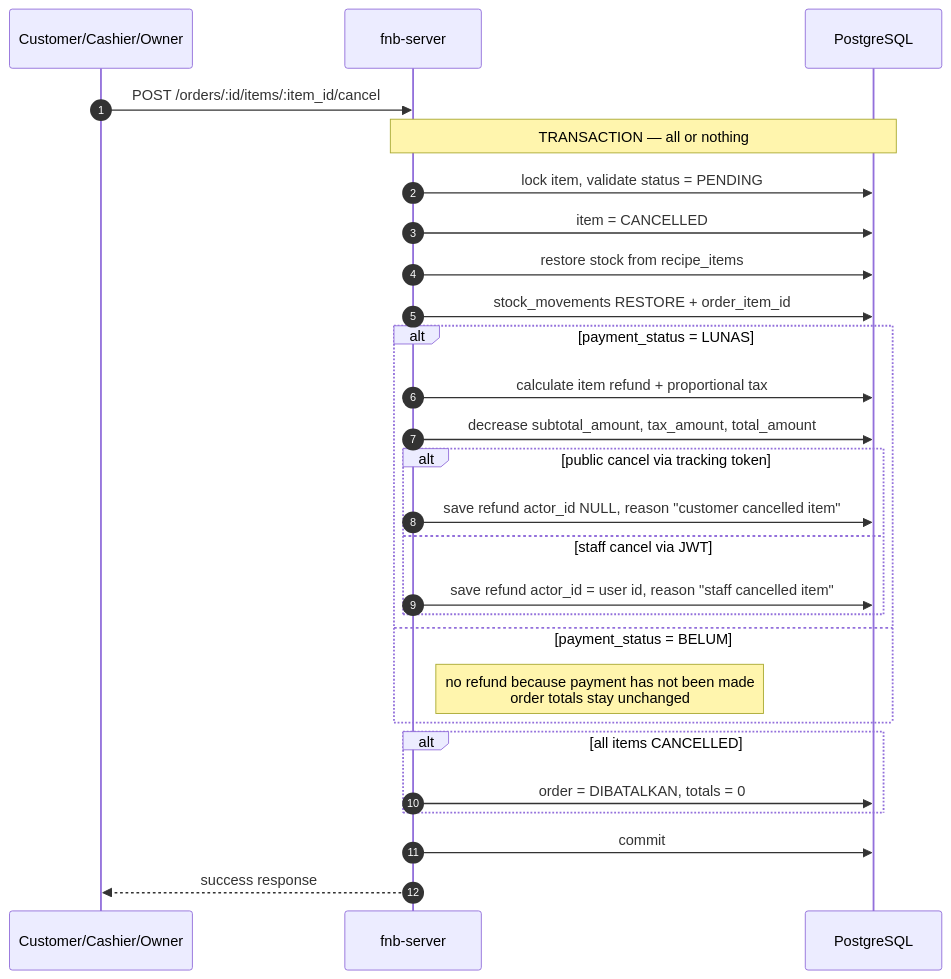
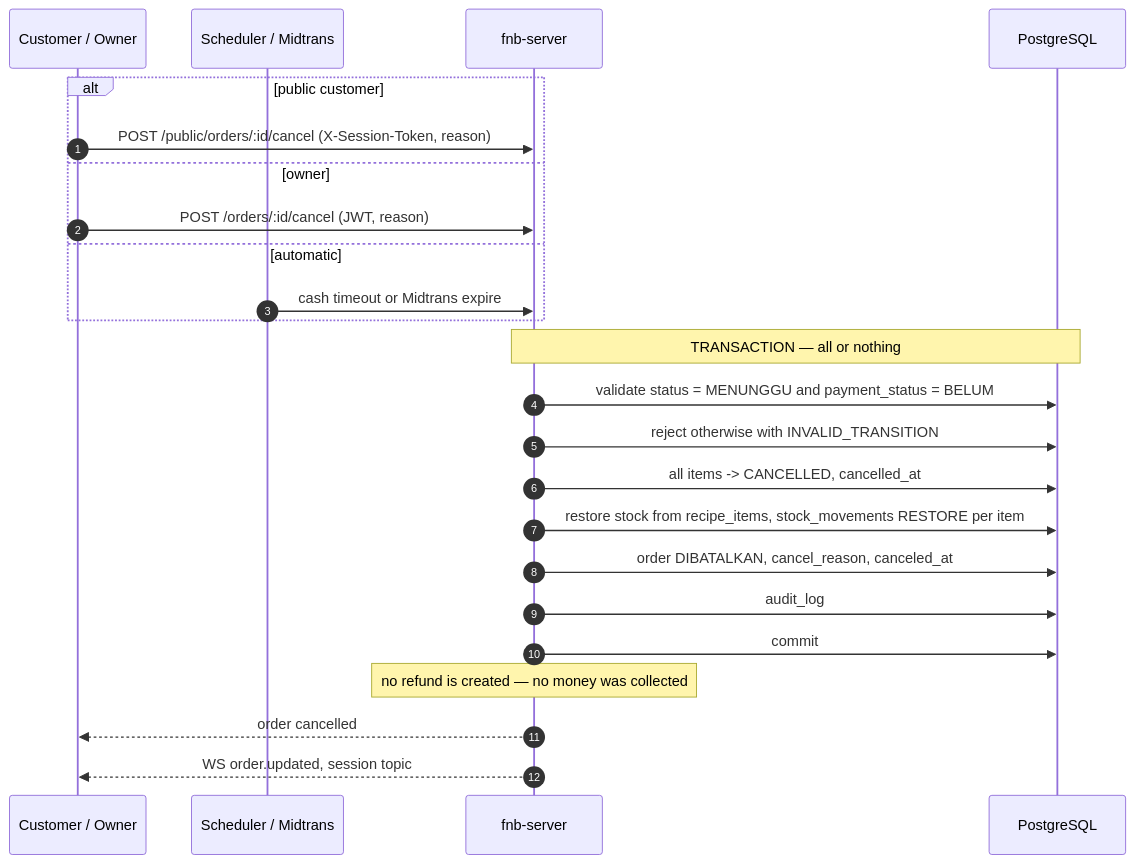
The fifth of 12 diagrams in docs/flow.md (darmawandoni6/fnb-app), drawn with Mermaid before and after one commit. The commit also changed other lines of this file and 17 other files, not shown here.

First line of the commit message:
docs(qr-menu): sync plan with table session API

````diff
--- a/docs/flow.md
+++ b/docs/flow.md
@@ -107,32 +151,29 @@
 ```mermaid
 sequenceDiagram
     autonumber
-    participant A as Customer/Cashier/Owner
+    participant A as Customer / Owner
+    participant S as Scheduler / Midtrans
     participant API as fnb-server
     participant DB as PostgreSQL
 
-    A->>API: POST /orders/:id/items/:item_id/cancel
-    Note over API,DB: TRANSACTION — all or nothing
-    API->>DB: lock item, validate status = PENDING
-    API->>DB: item = CANCELLED
-    API->>DB: restore stock from recipe_items
-    API->>DB: stock_movements RESTORE + order_item_id
-
-    alt payment_status = LUNAS
-        API->>DB: calculate item refund + proportional tax
-        API->>DB: decrease subtotal_amount, tax_amount, total_amount
-        alt public cancel via tracking token
-            API->>DB: save refund actor_id NULL, reason "customer cancelled item"
-        else staff cancel via JWT
-            API->>DB: save refund actor_id = user id, reason "staff cancelled item"
-        end
-    else payment_status = BELUM
-        Note right of API: no refund because payment has not been made<br/>order totals stay unchanged
+    alt public customer
+        A->>API: POST /public/orders/:id/cancel (X-Session-Token, reason)
+    else owner
+        A->>API: POST /orders/:id/cancel (JWT, reason)
+    else automatic
+        S->>API: cash timeout or Midtrans expire
     end
 
-    alt all items CANCELLED
-        API->>DB: order = DIBATALKAN, totals = 0
-    end
+    Note over API,DB: TRANSACTION — all or nothing
+    API->>DB: validate status = MENUNGGU and payment_status = BELUM
+    API->>DB: reject otherwise with INVALID_TRANSITION
+    API->>DB: all items -> CANCELLED, cancelled_at
+    API->>DB: restore stock from recipe_items, stock_movements RESTORE per item
+    API->>DB: order DIBATALKAN, cancel_reason, canceled_at
+    API->>DB: audit_log
     API->>DB: commit
-    API-->>A: success response
+
+    Note over API: no refund is created — no money was collected
+    API-->>A: order cancelled
+    API-->>A: WS order.updated, session topic
 ```
````
